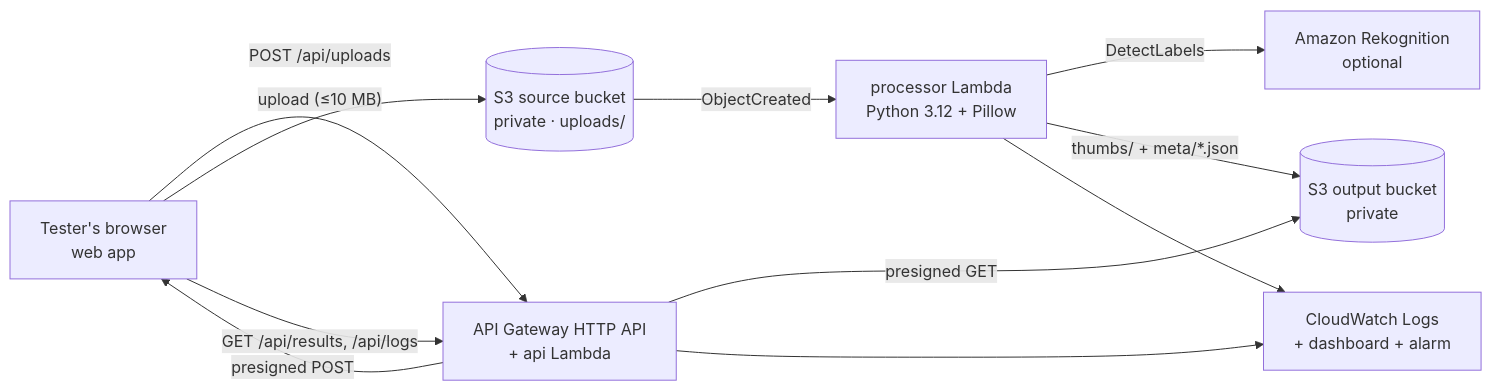
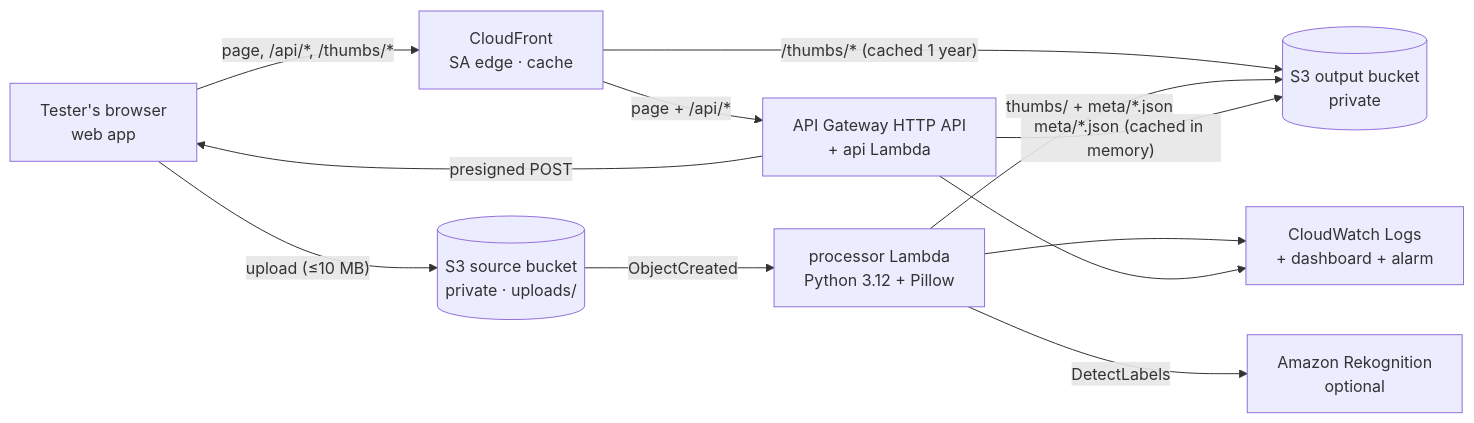
The diagram in README.md (omoinjm/smartthumb-sa), drawn with Mermaid before and after one commit. The commit also changed other lines of this file and 8 other files, not shown here.

First line of the commit message:
Speed up page, gallery and thumbnails with three cache layers

````diff
--- a/README.md
+++ b/README.md
@@ -17,12 +17,13 @@
 ```mermaid
 flowchart LR
-  U[Tester's browser<br/>web app] -- "POST /api/uploads" --> API[API Gateway HTTP API<br/>+ api Lambda]
+  U[Tester's browser<br/>web app] -- "page, /api/*, /thumbs/*" --> CF[CloudFront<br/>SA edge · cache]
+  CF -- "page + /api/*" --> API[API Gateway HTTP API<br/>+ api Lambda]
+  CF -- "/thumbs/* (cached 1 year)" --> OUT
   API -- presigned POST --> U
   U -- "upload (≤10 MB)" --> SRC[(S3 source bucket<br/>private · uploads/)]
   SRC -- "ObjectCreated" --> P[processor Lambda<br/>Python 3.12 + Pillow]
   P -- DetectLabels --> R[Amazon Rekognition<br/>optional]
   P -- "thumbs/ + meta/*.json" --> OUT[(S3 output bucket<br/>private)]
-  U -- "GET /api/results, /api/logs" --> API
-  API -- presigned GET --> OUT
+  API -- "meta/*.json (cached in memory)" --> OUT
   P & API --> CW[CloudWatch Logs<br/>+ dashboard + alarm]
 ```
````
